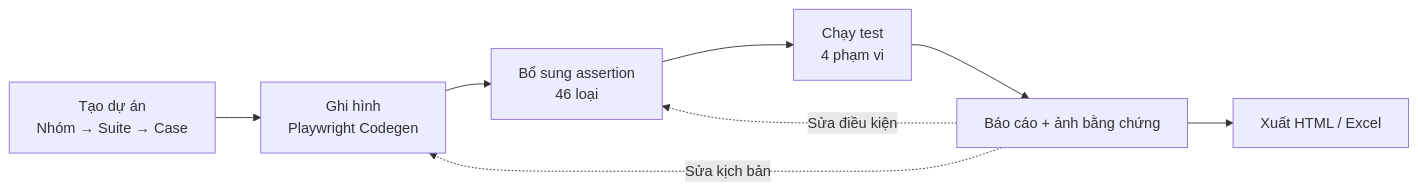
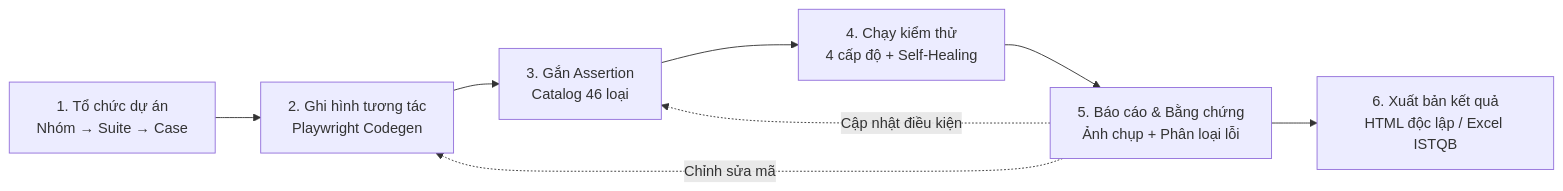
One commit to manhquoc2013/GUI-test-tool changed the first of 4 diagrams in docs/guide/USER_GUIDE.md. Above: the diagram before and after it, drawn with Mermaid. The commit also changed other lines of this file and 18 other files, not shown here.

````diff
--- a/docs/guide/USER_GUIDE.md
+++ b/docs/guide/USER_GUIDE.md
@@ -50,10 +46,10 @@
 ```mermaid
 flowchart LR
-    A["Tạo dự án<br/>Nhóm → Suite → Case"] --> B["Ghi hình<br/>Playwright Codegen"]
-    B --> C["Bổ sung assertion<br/>46 loại"]
-    C --> D["Chạy test<br/>4 phạm vi"]
-    D --> E["Báo cáo + ảnh bằng chứng"]
-    E --> F["Xuất HTML / Excel"]
-    E -.->|Sửa kịch bản| B
-    E -.->|Sửa điều kiện| C
+    A["1. Tổ chức dự án<br/>Nhóm → Suite → Case"] --> B["2. Ghi hình tương tác<br/>Playwright Codegen"]
+    B --> C["3. Gắn Assertion<br/>Catalog 46 loại"]
+    C --> D["4. Chạy kiểm thử<br/>4 cấp độ + Self-Healing"]
+    D --> E["5. Báo cáo & Bằng chứng<br/>Ảnh chụp + Phân loại lỗi"]
+    E --> F["6. Xuất bản kết quả<br/>HTML độc lập / Excel ISTQB"]
+    E -.->|Chỉnh sửa mã| B
+    E -.->|Cập nhật điều kiện| C
 ```
````
